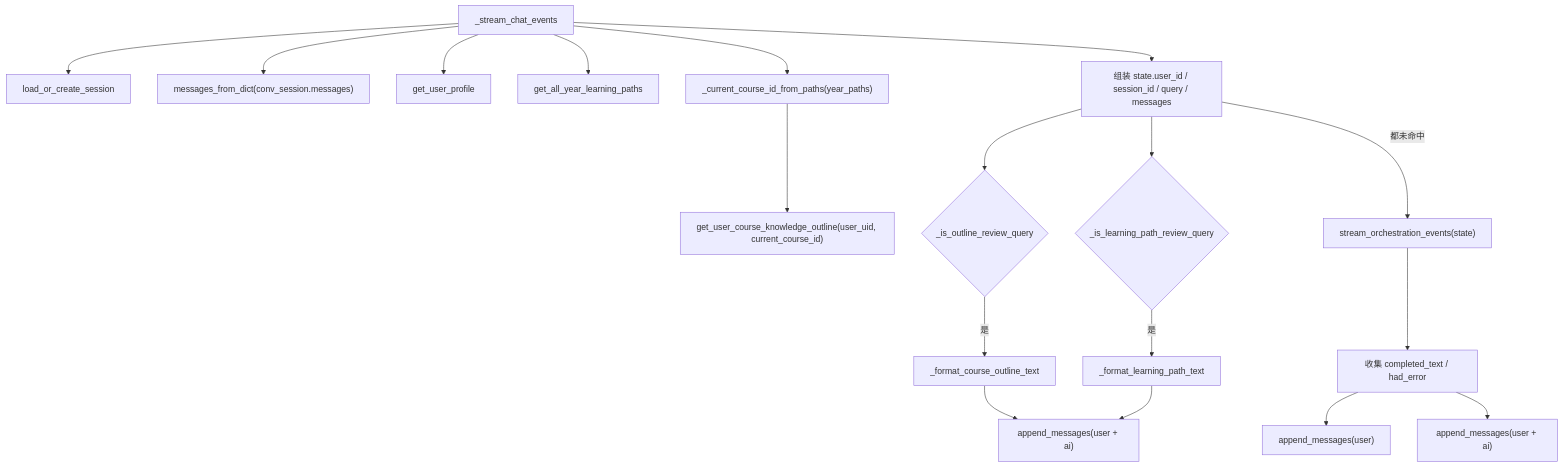
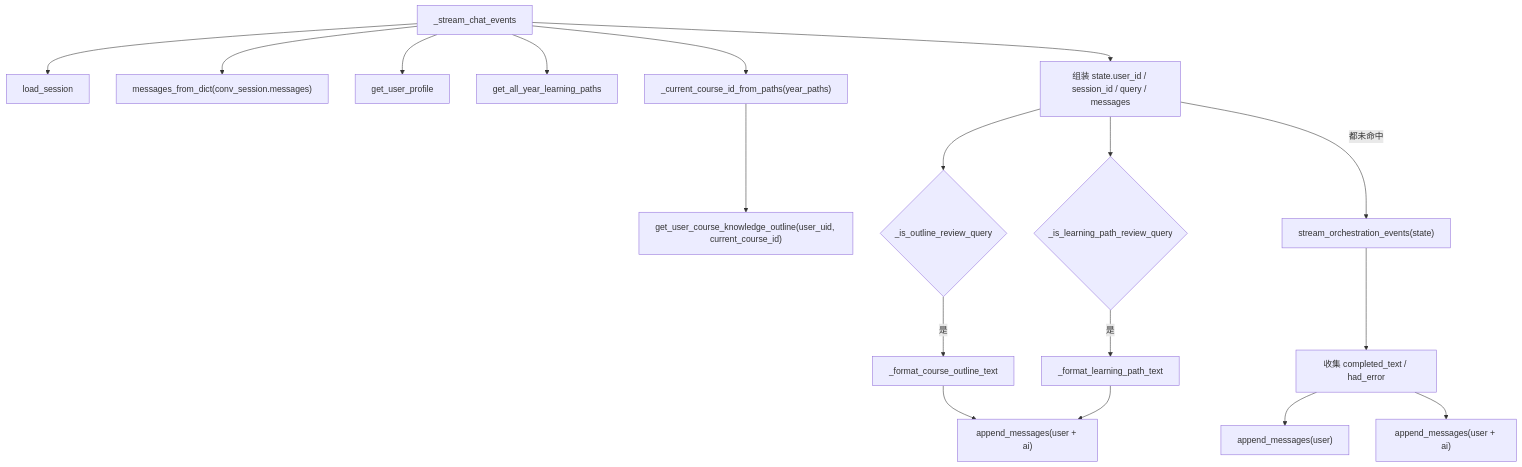
Before and after one commit to innovationpuls-creator/mutiagent: diagram 34 of 54 in docs/agent逻辑.md, drawn with Mermaid. The commit also changed other lines of this file and 66 other files, not shown here.

````diff
--- a/docs/agent逻辑.md
+++ b/docs/agent逻辑.md
@@ -890,20 +1663,20 @@
 ```mermaid
 graph TD
-  A["_stream_chat_events"] --> B["load_or_create_session"]
+  A["_stream_chat_events"] --> B["load_session"]
   A --> C["messages_from_dict(conv_session.messages)"]
   A --> D["get_user_profile"]
   A --> E["get_all_year_learning_paths"]
   A --> F["_current_course_id_from_paths(year_paths)"]
   F --> G["get_user_course_knowledge_outline(user_uid, current_course_id)"]
   A --> H["组装 state.user_id / session_id / query / messages"]
   H --> I{"_is_outline_review_query"}
   H --> J{"_is_learning_path_review_query"}
   I -->|是| K["_format_course_outline_text"]
   J -->|是| L["_format_learning_path_text"]
   K --> M["append_messages(user + ai)"]
   L --> M
   H -->|都未命中| N["stream_orchestration_events(state)"]
   N --> O["收集 completed_text / had_error"]
   O --> P["append_messages(user)"]
   O --> Q["append_messages(user + ai)"]
 ```
````
